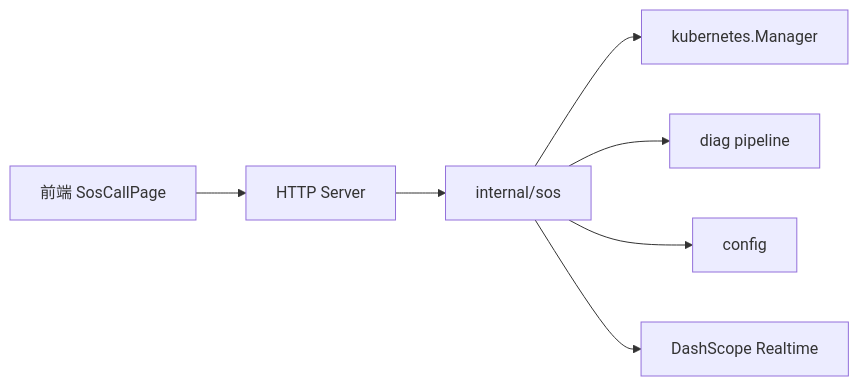
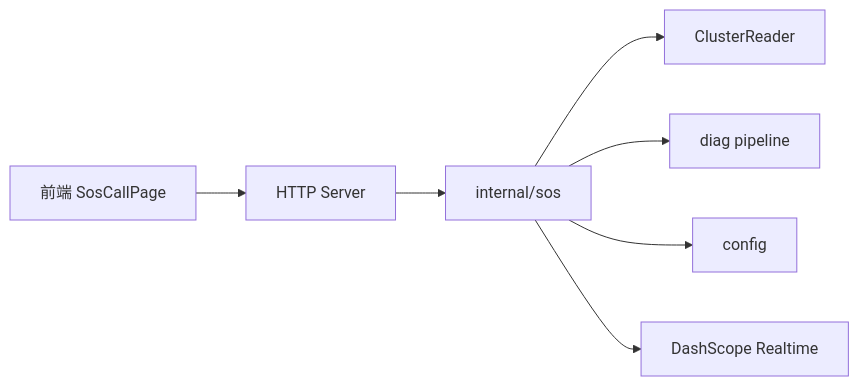
One commit to kudig-io/klaw changed the eighth of 8 diagrams in .qoder/repowiki/zh/content/Web前端应用/SOS紧急语音对话模式设计.md. Above: the diagram before and after it, drawn with Mermaid. The commit also changed other lines of this file and 257 other files, not shown here.

````diff
--- a/.qoder/repowiki/zh/content/Web前端应用/SOS紧急语音对话模式设计.md
+++ b/.qoder/repowiki/zh/content/Web前端应用/SOS紧急语音对话模式设计.md
@@ -251,9 +347,9 @@
 ```mermaid
 graph LR
 Frontend["前端 SosCallPage"] --> API["HTTP Server"]
 API --> SOS["internal/sos"]
-SOS --> K8s["kubernetes.Manager"]
+SOS --> K8s["ClusterReader"]
 SOS --> Diag["diag pipeline"]
 SOS --> Config["config"]
 SOS --> DS["DashScope Realtime"]
 ```
````
